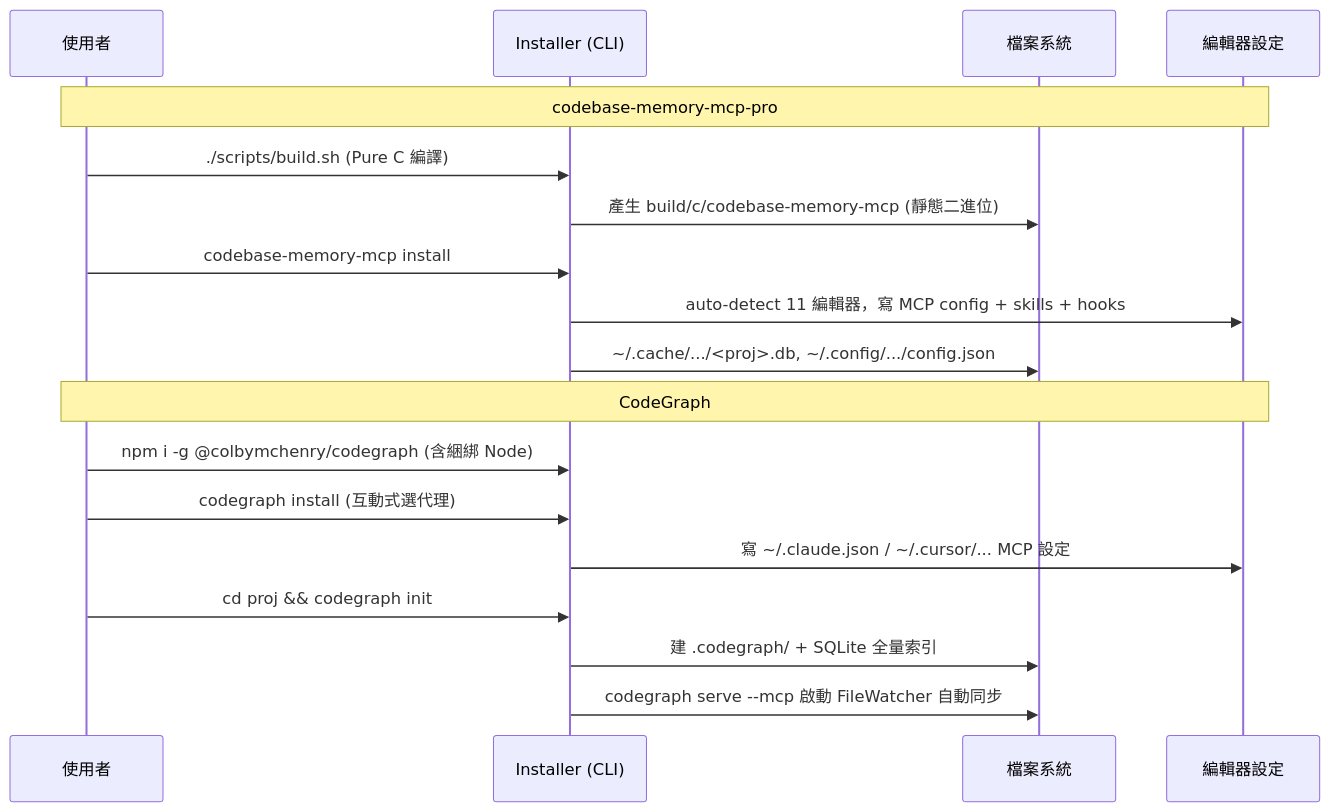
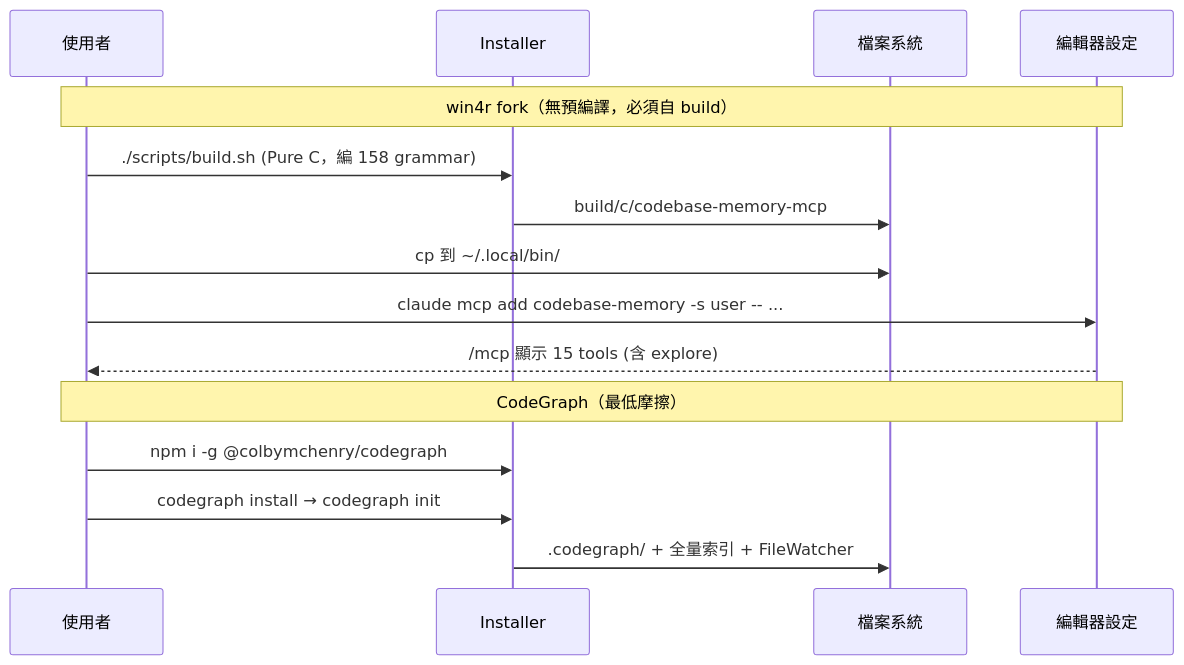
The fourth of 4 diagrams in CodeAnalysis/2026-06-24-CODEBASE-MEMORY-MCP-PRO-VS-CODEGRAPH-CODE-KNOWLEDGE-GRAPH-COMPARISON.md (swchen44/personal-knowledge-base-from-ai), drawn with Mermaid before and after one commit. The commit also changed other lines of this file and 1 other file, not shown here.

First line of the commit message:
kb: rewrite — 改以上游 DeusData vs CodeGraph 為主比較，疊加 win4r fork diff 剖析

````diff
--- a/CodeAnalysis/2026-06-24-CODEBASE-MEMORY-MCP-PRO-VS-CODEGRAPH-CODE-KNOWLEDGE-GRAPH-COMPARISON.md
+++ b/CodeAnalysis/2026-06-24-CODEBASE-MEMORY-MCP-PRO-VS-CODEGRAPH-CODE-KNOWLEDGE-GRAPH-COMPARISON.md
@@ -221,22 +285,19 @@
 ```mermaid
 sequenceDiagram
     participant U as 使用者
-    participant I as Installer (CLI)
+    participant I as Installer
     participant FS as 檔案系統
     participant ED as 編輯器設定
 
-    note over U,ED: codebase-memory-mcp-pro
-    U->>I: ./scripts/build.sh (Pure C 編譯)
-    I->>FS: 產生 build/c/codebase-memory-mcp (靜態二進位)
-    U->>I: codebase-memory-mcp install
-    I->>ED: auto-detect 11 編輯器，寫 MCP config + skills + hooks
-    I->>FS: ~/.cache/.../<proj>.db, ~/.config/.../config.json
+    note over U,ED: win4r fork（無預編譯，必須自 build）
+    U->>I: ./scripts/build.sh (Pure C，編 158 grammar)
+    I->>FS: build/c/codebase-memory-mcp
+    U->>FS: cp 到 ~/.local/bin/
+    U->>ED: claude mcp add codebase-memory -s user -- ...
+    ED-->>U: /mcp 顯示 15 tools (含 explore)
 
-    note over U,ED: CodeGraph
-    U->>I: npm i -g @colbymchenry/codegraph (含綑綁 Node)
-    U->>I: codegraph install (互動式選代理)
-    I->>ED: 寫 ~/.claude.json / ~/.cursor/... MCP 設定
-    U->>I: cd proj && codegraph init
-    I->>FS: 建 .codegraph/ + SQLite 全量索引
-    I->>FS: codegraph serve --mcp 啟動 FileWatcher 自動同步
+    note over U,ED: CodeGraph（最低摩擦）
+    U->>I: npm i -g @colbymchenry/codegraph
+    U->>I: codegraph install → codegraph init
+    I->>FS: .codegraph/ + 全量索引 + FileWatcher
 ```
````
